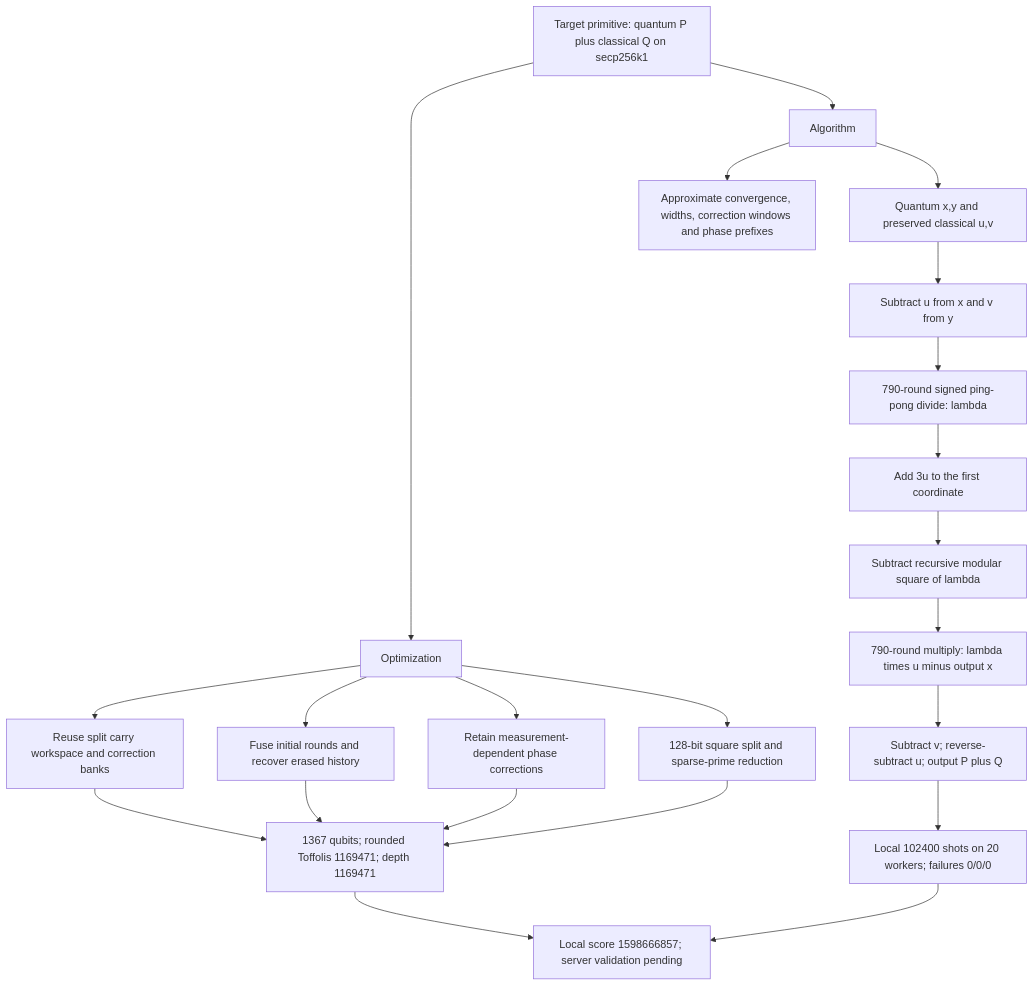
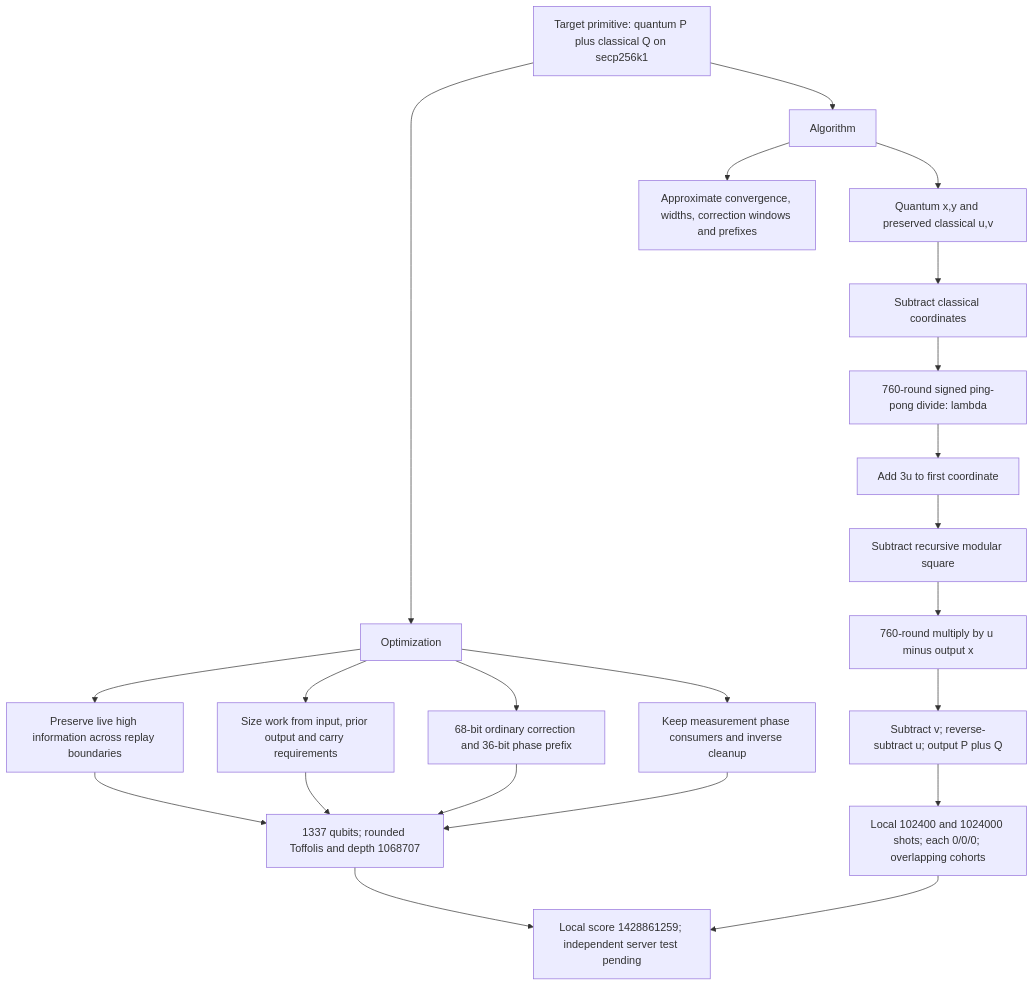
Before and after one commit to ecdlp-contest/ecdlp-point-add: the diagram in src/point_add/architecture.mmd, drawn with Mermaid. The commit also changed 3 other files, not shown here.

```diff
--- a/src/point_add/architecture.mmd
+++ b/src/point_add/architecture.mmd
@@ -1,25 +1,25 @@
 flowchart TD
   Target["Target primitive: quantum P plus classical Q on secp256k1"]
   Algorithm["Algorithm"]
   Optimization["Optimization"]
   Target --> Algorithm
   Target --> Optimization
   Algorithm --> Input["Quantum x,y and preserved classical u,v"]
-  Input --> Difference["Subtract u from x and v from y"]
-  Difference --> Divide["790-round signed ping-pong divide: lambda"]
-  Divide --> Shift["Add 3u to the first coordinate"]
-  Shift --> Square["Subtract recursive modular square of lambda"]
-  Square --> Multiply["790-round multiply: lambda times u minus output x"]
+  Input --> Difference["Subtract classical coordinates"]
+  Difference --> Divide["760-round signed ping-pong divide: lambda"]
+  Divide --> Shift["Add 3u to first coordinate"]
+  Shift --> Square["Subtract recursive modular square"]
+  Square --> Multiply["760-round multiply by u minus output x"]
   Multiply --> Output["Subtract v; reverse-subtract u; output P plus Q"]
-  Optimization --> Carry["Reuse split carry workspace and correction banks"]
-  Optimization --> History["Fuse initial rounds and recover erased history"]
-  Optimization --> Phase["Retain measurement-dependent phase corrections"]
-  Optimization --> SquareShape["128-bit square split and sparse-prime reduction"]
-  Carry --> Metrics["1367 qubits; rounded Toffolis 1169471; depth 1169471"]
-  History --> Metrics
+  Optimization --> High["Preserve live high information across replay boundaries"]
+  Optimization --> Width["Size work from input, prior output and carry requirements"]
+  Optimization --> Fold["68-bit ordinary correction and 36-bit phase prefix"]
+  Optimization --> Phase["Keep measurement phase consumers and inverse cleanup"]
+  High --> Metrics["1337 qubits; rounded Toffolis and depth 1068707"]
+  Width --> Metrics
+  Fold --> Metrics
   Phase --> Metrics
-  SquareShape --> Metrics
-  Output --> Validation["Local 102400 shots on 20 workers; failures 0/0/0"]
-  Metrics --> Score["Local score 1598666857; server validation pending"]
+  Output --> Validation["Local 102400 and 1024000 shots; each 0/0/0; overlapping cohorts"]
+  Metrics --> Score["Local score 1428861259; independent server test pending"]
   Validation --> Score
-  Algorithm --> Limits["Approximate convergence, widths, correction windows and phase prefixes"]
+  Algorithm --> Limits["Approximate convergence, widths, correction windows and prefixes"]
```
